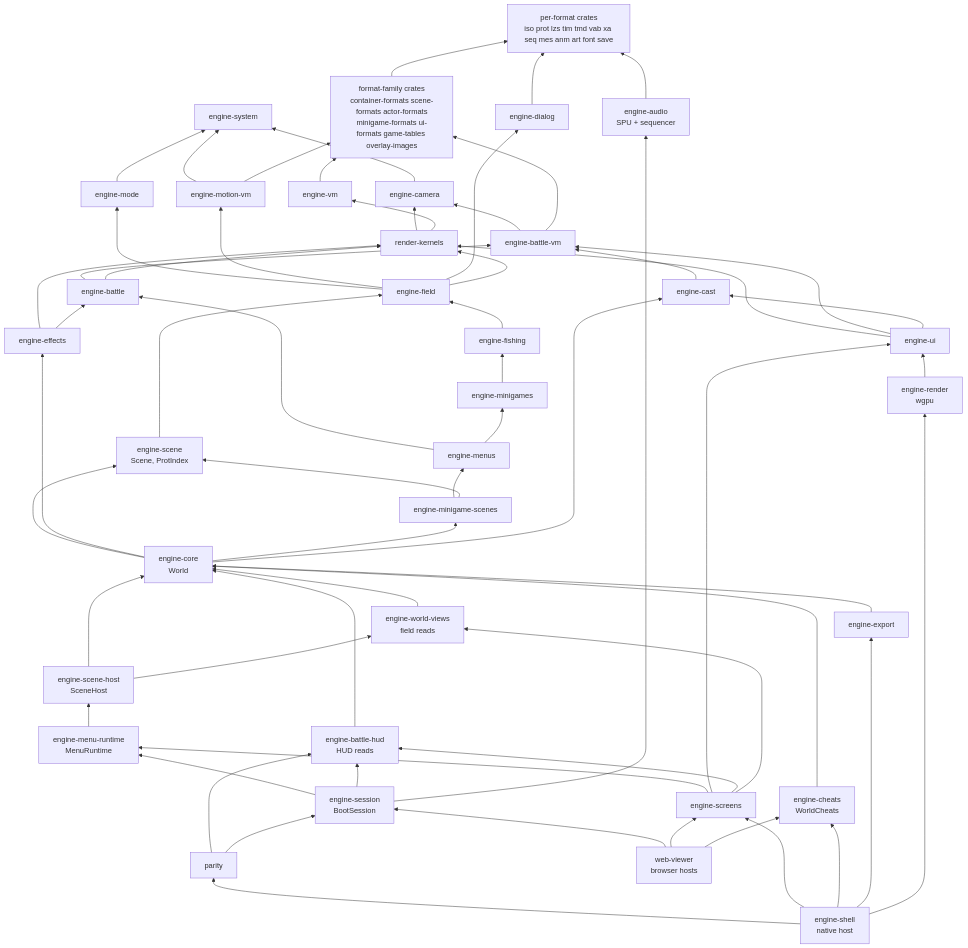
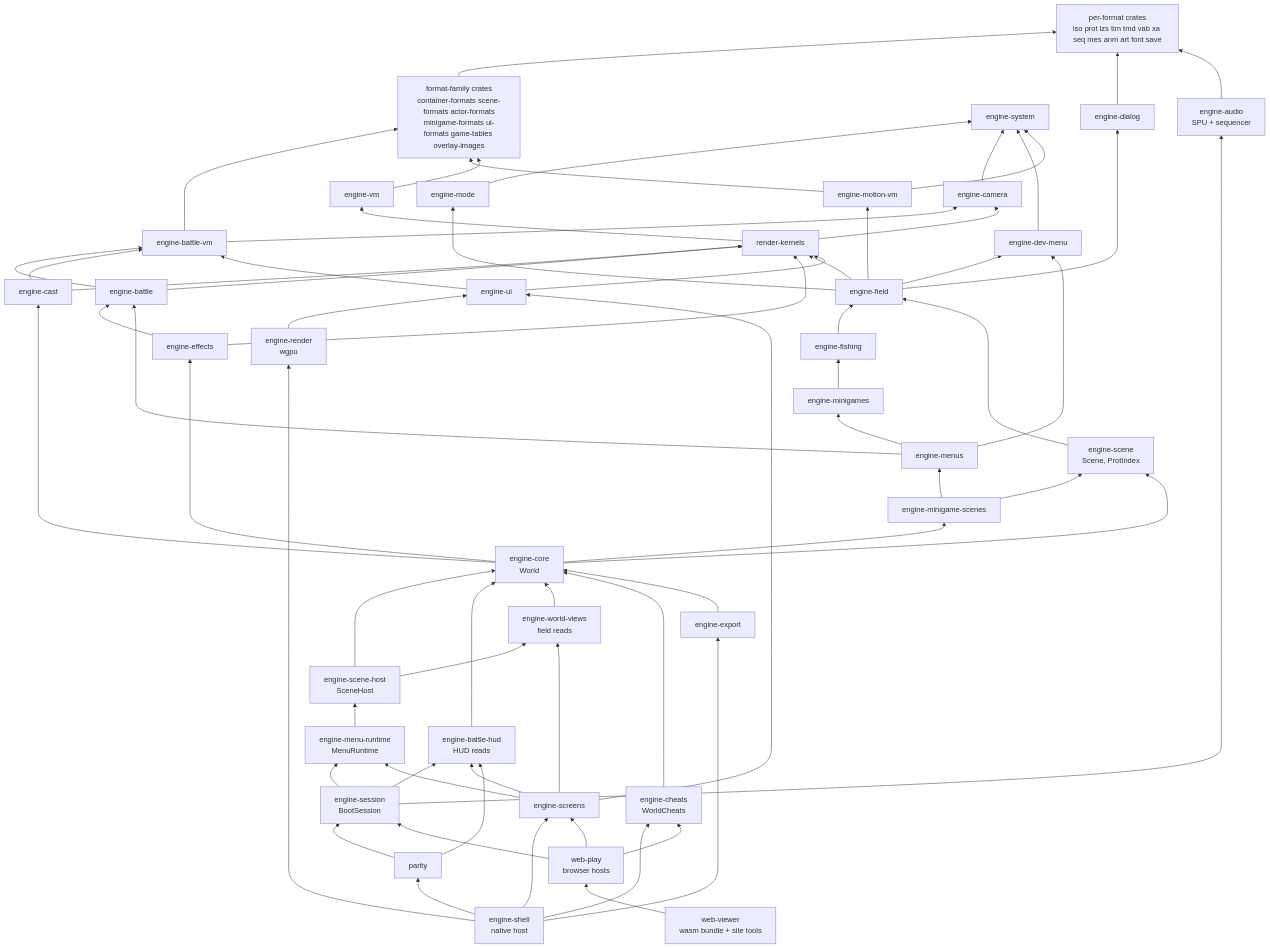
Before and after one commit to AndrewAltimit/legend-of-legaia-re: the first of 4 diagrams in docs/subsystems/engine.md, drawn with Mermaid. The commit also changed other lines of this file and 803 other files, not shown here.

````diff
--- a/docs/subsystems/engine.md
+++ b/docs/subsystems/engine.md
@@ -48,6 +48,7 @@
     EMODE["engine-mode"]
     EDLG["engine-dialog"]
     ECAM["engine-camera"]
+    EDEV["engine-dev-menu"]
     EBV["engine-battle-vm"]
     ECAST["engine-cast"]
     EMV["engine-motion-vm"]
@@ -75,12 +76,14 @@
     EXP["engine-export"]
     PAR["parity"]
     SHELL["engine-shell<br/>native host"]
-    WEB["web-viewer<br/>browser hosts"]
+    WEBP["web-play<br/>browser hosts"]
+    WEB["web-viewer<br/>wasm bundle + site tools"]
 
     FAM --> FMT
     EDLG --> FMT
     EMODE --> ESYS
     ECAM --> ESYS
+    EDEV --> ESYS
     EBV --> ECAM
     EBV --> FAM
     EMV --> ESYS
@@ -88,16 +91,19 @@
     EVM --> FAM
     EB --> EBV
     ECAST --> EBV
+    ECAST --> RK
     EB --> RK
     RK --> ECAM
     RK --> EVM
     EFX --> RK
     EFX --> EB
     EFIELD --> EMODE
+    EFIELD --> EDEV
     EFIELD --> EMV
     EFIELD --> EDLG
     EFIELD --> RK
     EMENU --> EB
+    EMENU --> EDEV
     EFISH --> EFIELD
     EMG --> EFISH
     EMENU --> EMG
@@ -110,7 +116,6 @@
     CORE --> ECAST
     EUI --> RK
     EUI --> EBV
-    EUI --> ECAST
     EREN --> EUI
     EAUD --> FMT
     SH --> CORE
@@ -134,7 +139,8 @@
     SHELL --> EXP
     EXP --> CORE
     SHELL --> EREN
-    WEB --> SESS
-    WEB --> SCR
-    WEB --> ECHT
+    WEBP --> SESS
+    WEBP --> SCR
+    WEBP --> ECHT
+    WEB --> WEBP
 ```
````
